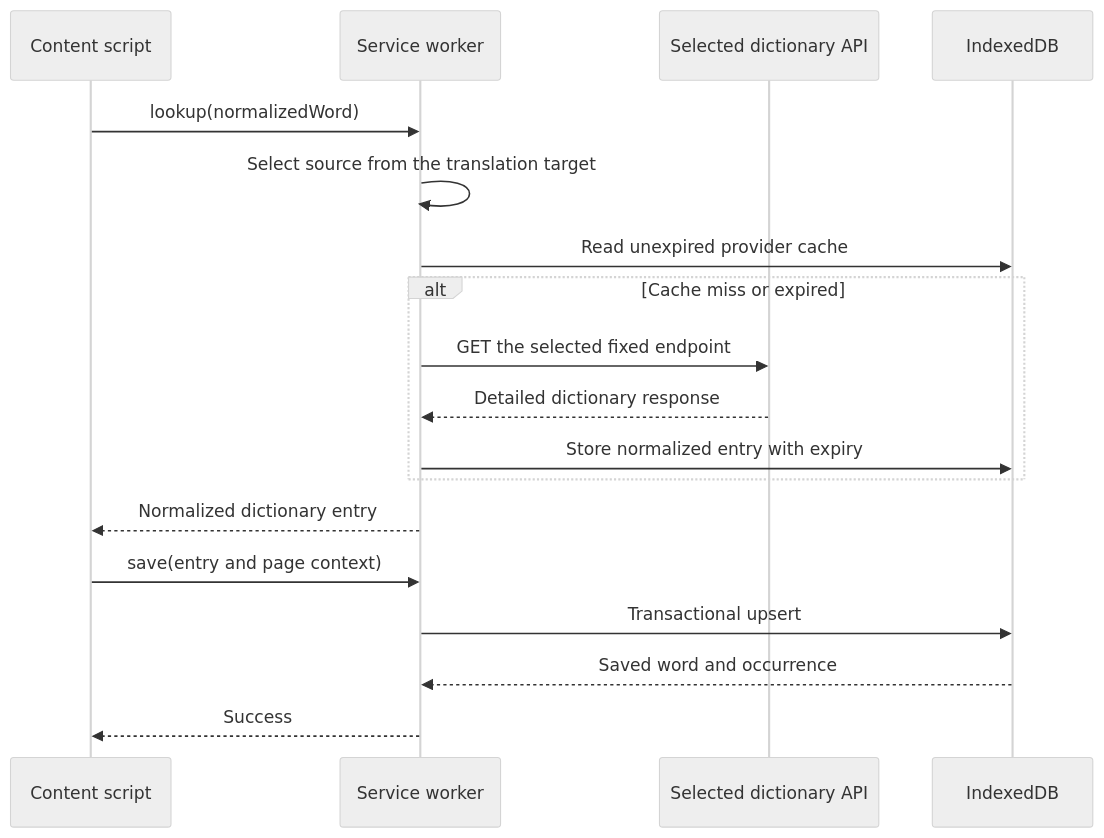
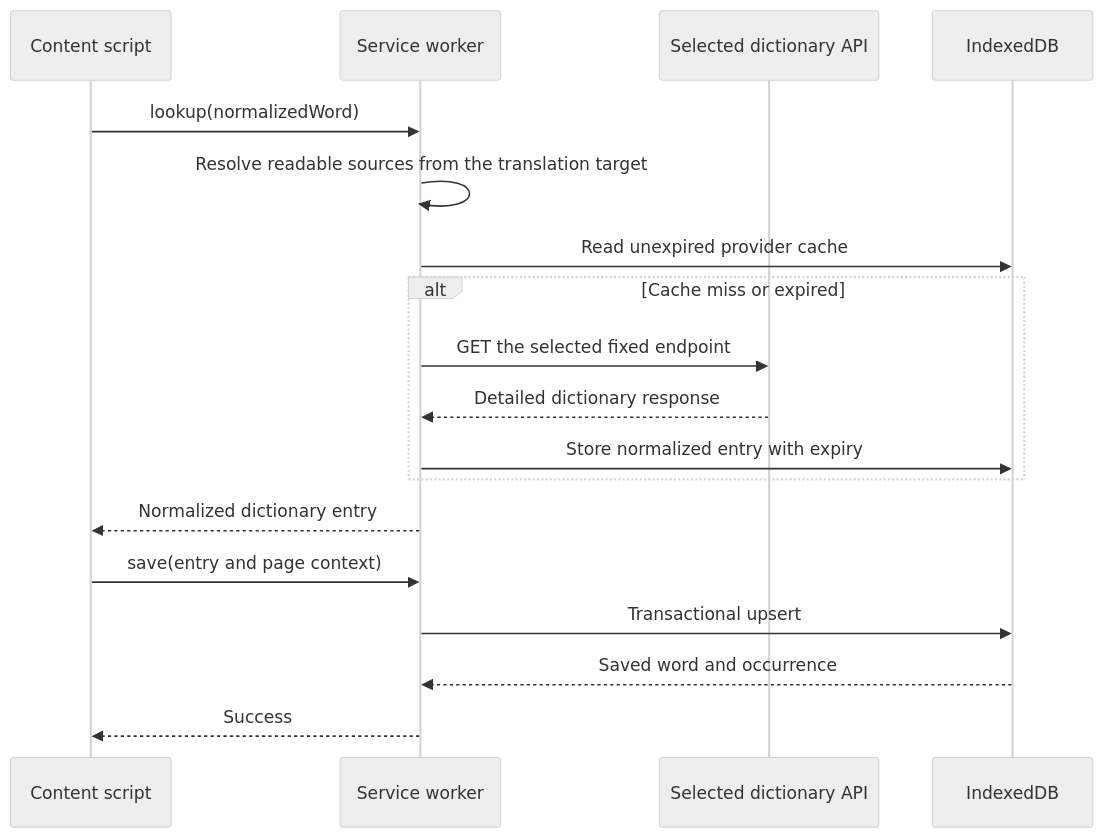
The third of 3 diagrams in docs/ARCHITECTURE.md (zhenguo1492/echo-read-edge), drawn with Mermaid (neutral theme) before and after one commit. The commit also changed other lines of this file, not shown here.

First line of the commit message:
docs: correct the dictionary section of the architecture doc

````diff
--- a/docs/ARCHITECTURE.md
+++ b/docs/ARCHITECTURE.md
@@ -157,21 +157,21 @@
 ```mermaid
 sequenceDiagram
     participant C as Content script
     participant B as Service worker
     participant D as Selected dictionary API
     participant DB as IndexedDB
 
     C->>B: lookup(normalizedWord)
-    B->>B: Select source from the translation target
+    B->>B: Resolve readable sources from the translation target
     B->>DB: Read unexpired provider cache
     alt Cache miss or expired
         B->>D: GET the selected fixed endpoint
         D-->>B: Detailed dictionary response
         B->>DB: Store normalized entry with expiry
     end
     B-->>C: Normalized dictionary entry
     C->>B: save(entry and page context)
     B->>DB: Transactional upsert
     DB-->>B: Saved word and occurrence
     B-->>C: Success
 ```
````
